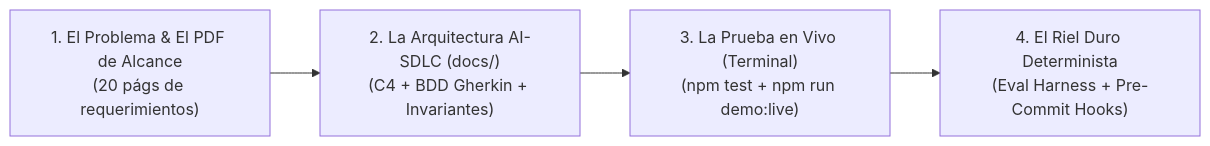
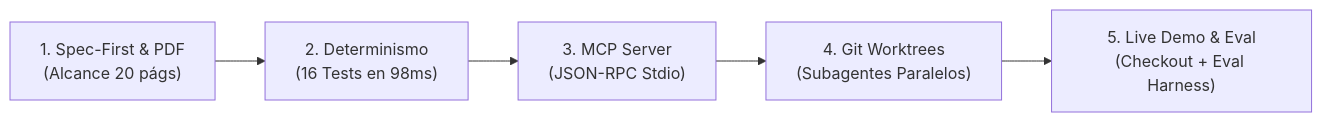
Before and after one commit to trautslab/ai-sdlc-framework: the diagram in demos/e-commerce-for-pyme/DEMO_PRESENTATION_SCRIPT.md, drawn with Mermaid. The commit also changed other lines of this file and 8 other files, not shown here.

Commit message:
feat(demo): add live stdio MCP server, automated Git Worktree multi-agent orchestrator, and full PostgreSQL DDL schema

````diff
--- a/demos/e-commerce-for-pyme/DEMO_PRESENTATION_SCRIPT.md
+++ b/demos/e-commerce-for-pyme/DEMO_PRESENTATION_SCRIPT.md
@@ -9,6 +9,7 @@
 ```mermaid
 flowchart LR
-    A["1. El Problema & El PDF de Alcance\n(20 págs de requerimientos)"] --> B["2. La Arquitectura AI-SDLC (docs/)\n(C4 + BDD Gherkin + Invariantes)"]
-    B --> C["3. La Prueba en Vivo (Terminal)\n(npm test + npm run demo:live)"]
-    C --> D["4. El Riel Duro Determinista\n(Eval Harness + Pre-Commit Hooks)"]
+    A["1. Spec-First & PDF\n(Alcance 20 págs)"] --> B["2. Determinismo\n(16 Tests en 98ms)"]
+    B --> C["3. MCP Server\n(JSON-RPC Stdio)"]
+    C --> D["4. Git Worktrees\n(Subagentes Paralelos)"]
+    D --> E["5. Live Demo & Eval\n(Checkout + Eval Harness)"]
 ```
````
